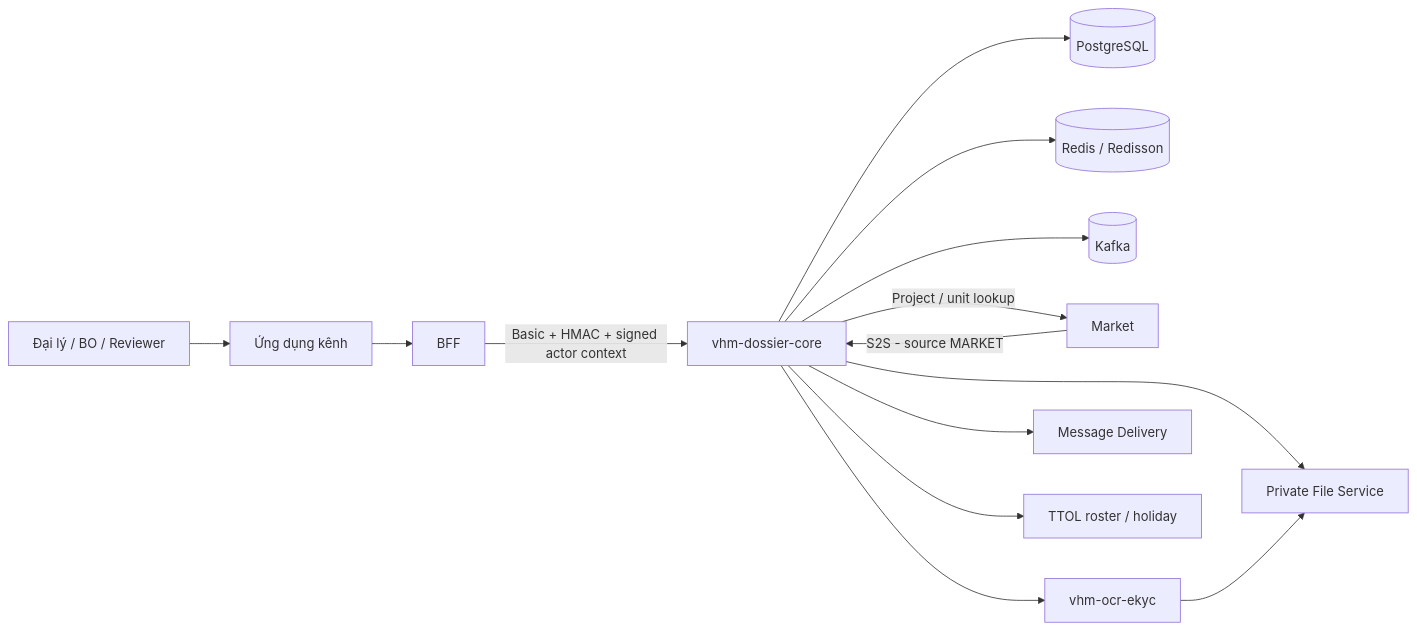
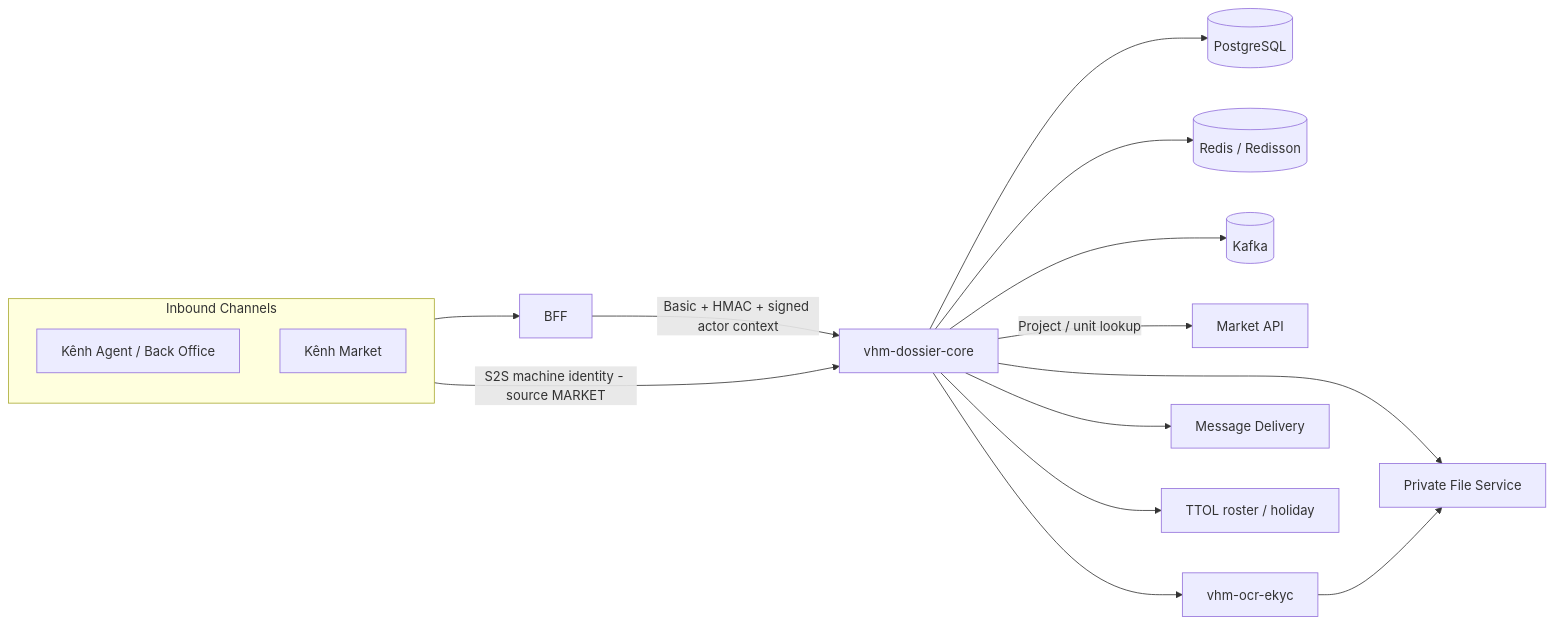
One commit to huynv-xyz/vhm changed the first of 9 diagrams in tdd-dossier.md. Above: the diagram before and after it, drawn with Mermaid. The commit also changed other lines of this file, not shown here.

````diff
--- a/tdd-dossier.md
+++ b/tdd-dossier.md
@@ -180,16 +180,20 @@
 ```mermaid
 flowchart LR
-    Agent[Đại lý / BO / Reviewer] --> Channel[Ứng dụng kênh]
-    Channel --> API[BFF]
+    subgraph Channels[Inbound Channels]
+        direction TB
+        AgentChannel[Kênh Agent / Back Office]
+        MarketChannel[Kênh Market]
+    end
+    AgentChannel --> API[BFF]
     API -->|Basic + HMAC + signed actor context| Core[vhm-dossier-core]
+    MarketChannel -->|S2S machine identity - source MARKET| Core
     Core --> PG[(PostgreSQL)]
     Core --> Redis[(Redis / Redisson)]
     Core --> Kafka[(Kafka)]
     Core --> File[Private File Service]
-    Market[Market] -->|S2S - source MARKET| Core
-    Core -->|Project / unit lookup| Market
+    Core -->|Project / unit lookup| MarketAPI[Market API]
     Core --> OCR[vhm-ocr-ekyc]
     OCR --> File
     Core --> Msg[Message Delivery]
     Core --> TTOL[TTOL roster / holiday]
 ```
````
